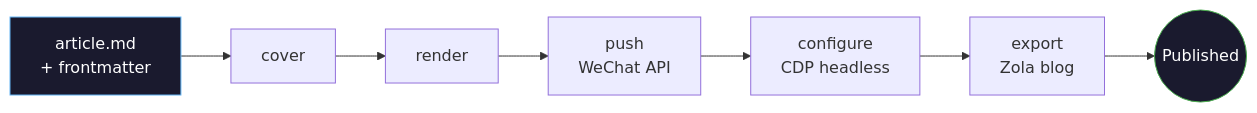
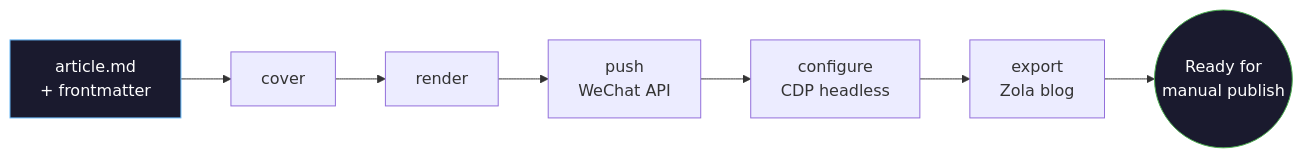
The first of 2 diagrams in README.md (qiaopengjun5162/moonpub), drawn with Mermaid before and after one commit. The commit also changed other lines of this file and 26 other files, not shown here.

````diff
--- a/README.md
+++ b/README.md
@@ -19,12 +36,12 @@
 ```mermaid
 flowchart LR
     A[article.md<br/>+ frontmatter] --> B[cover]
     B --> C[render]
     C --> D[push<br/>WeChat API]
     D --> E[configure<br/>CDP headless]
     E --> F[export<br/>Zola blog]
-    F --> G((Published))
+    F --> G((Ready for<br/>manual publish))
 
     style A fill:#1a1a2e,stroke:#64b5f6,color:#fff
     style G fill:#1a1a2e,stroke:#4caf50,color:#fff
 ```
````
